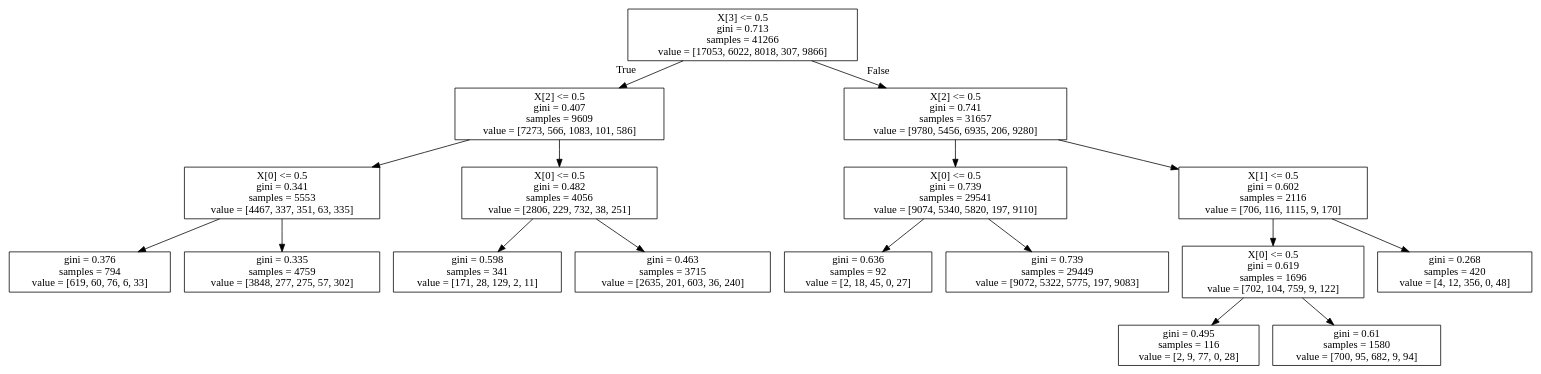
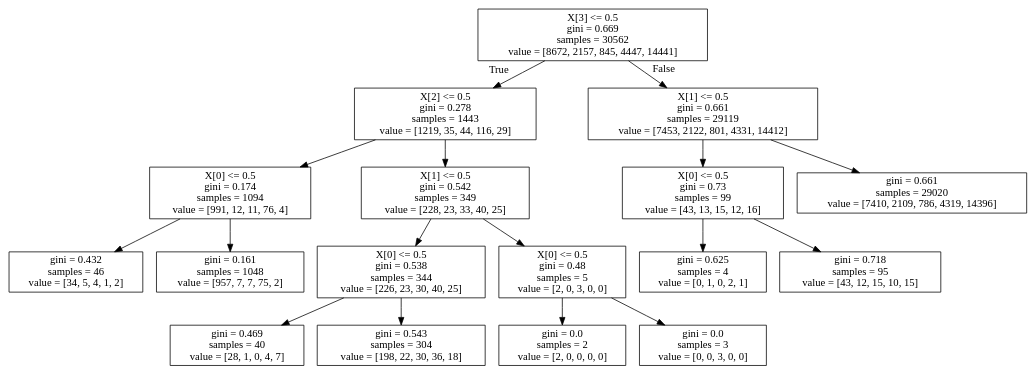
The diagram in data/karel/ppo/0000r3+env_task=topOff+max_depth=15+n_batch_rollou=10+max_samples=100000+max_iters=80+train_frac=0.8+is_reweight=False0.250.25/dt_policy.dot (jesbu1/viper), drawn with Graphviz before and after one commit. The commit also changed 60 other files, not shown here.

```diff
--- a/data/karel/ppo/0000r3+env_task=topOff+max_depth=15+n_batch_rollou=10+max_samples=100000+max_iters=80+train_frac=0.8+is_reweight=False0.250.25/dt_policy.dot
+++ b/data/karel/ppo/0000r3+env_task=topOff+max_depth=15+n_batch_rollou=10+max_samples=100000+max_iters=80+train_frac=0.8+is_reweight=False0.250.25/dt_policy.dot
@@ -1,36 +1,36 @@
 digraph Tree {
 node [shape=box] ;
-0 [label="X[3] <= 0.5\ngini = 0.713\nsamples = 41266\nvalue = [17053, 6022, 8018, 307, 9866]"] ;
-1 [label="X[2] <= 0.5\ngini = 0.407\nsamples = 9609\nvalue = [7273, 566, 1083, 101, 586]"] ;
+0 [label="X[3] <= 0.5\ngini = 0.669\nsamples = 30562\nvalue = [8672, 2157, 845, 4447, 14441]"] ;
+1 [label="X[2] <= 0.5\ngini = 0.278\nsamples = 1443\nvalue = [1219, 35, 44, 116, 29]"] ;
 0 -> 1 [labeldistance=2.5, labelangle=45, headlabel="True"] ;
-2 [label="X[0] <= 0.5\ngini = 0.341\nsamples = 5553\nvalue = [4467, 337, 351, 63, 335]"] ;
+2 [label="X[0] <= 0.5\ngini = 0.174\nsamples = 1094\nvalue = [991, 12, 11, 76, 4]"] ;
 1 -> 2 ;
-3 [label="gini = 0.376\nsamples = 794\nvalue = [619, 60, 76, 6, 33]"] ;
+3 [label="gini = 0.432\nsamples = 46\nvalue = [34, 5, 4, 1, 2]"] ;
 2 -> 3 ;
-4 [label="gini = 0.335\nsamples = 4759\nvalue = [3848, 277, 275, 57, 302]"] ;
+4 [label="gini = 0.161\nsamples = 1048\nvalue = [957, 7, 7, 75, 2]"] ;
 2 -> 4 ;
-5 [label="X[0] <= 0.5\ngini = 0.482\nsamples = 4056\nvalue = [2806, 229, 732, 38, 251]"] ;
+5 [label="X[1] <= 0.5\ngini = 0.542\nsamples = 349\nvalue = [228, 23, 33, 40, 25]"] ;
 1 -> 5 ;
-6 [label="gini = 0.598\nsamples = 341\nvalue = [171, 28, 129, 2, 11]"] ;
+6 [label="X[0] <= 0.5\ngini = 0.538\nsamples = 344\nvalue = [226, 23, 30, 40, 25]"] ;
 5 -> 6 ;
-7 [label="gini = 0.463\nsamples = 3715\nvalue = [2635, 201, 603, 36, 240]"] ;
-5 -> 7 ;
-8 [label="X[2] <= 0.5\ngini = 0.741\nsamples = 31657\nvalue = [9780, 5456, 6935, 206, 9280]"] ;
-0 -> 8 [labeldistance=2.5, labelangle=-45, headlabel="False"] ;
-9 [label="X[0] <= 0.5\ngini = 0.739\nsamples = 29541\nvalue = [9074, 5340, 5820, 197, 9110]"] ;
-8 -> 9 ;
-10 [label="gini = 0.636\nsamples = 92\nvalue = [2, 18, 45, 0, 27]"] ;
+7 [label="gini = 0.469\nsamples = 40\nvalue = [28, 1, 0, 4, 7]"] ;
+6 -> 7 ;
+8 [label="gini = 0.543\nsamples = 304\nvalue = [198, 22, 30, 36, 18]"] ;
+6 -> 8 ;
+9 [label="X[0] <= 0.5\ngini = 0.48\nsamples = 5\nvalue = [2, 0, 3, 0, 0]"] ;
+5 -> 9 ;
+10 [label="gini = 0.0\nsamples = 2\nvalue = [2, 0, 0, 0, 0]"] ;
 9 -> 10 ;
-11 [label="gini = 0.739\nsamples = 29449\nvalue = [9072, 5322, 5775, 197, 9083]"] ;
+11 [label="gini = 0.0\nsamples = 3\nvalue = [0, 0, 3, 0, 0]"] ;
 9 -> 11 ;
-12 [label="X[1] <= 0.5\ngini = 0.602\nsamples = 2116\nvalue = [706, 116, 1115, 9, 170]"] ;
-8 -> 12 ;
-13 [label="X[0] <= 0.5\ngini = 0.619\nsamples = 1696\nvalue = [702, 104, 759, 9, 122]"] ;
+12 [label="X[1] <= 0.5\ngini = 0.661\nsamples = 29119\nvalue = [7453, 2122, 801, 4331, 14412]"] ;
+0 -> 12 [labeldistance=2.5, labelangle=-45, headlabel="False"] ;
+13 [label="X[0] <= 0.5\ngini = 0.73\nsamples = 99\nvalue = [43, 13, 15, 12, 16]"] ;
 12 -> 13 ;
-14 [label="gini = 0.495\nsamples = 116\nvalue = [2, 9, 77, 0, 28]"] ;
+14 [label="gini = 0.625\nsamples = 4\nvalue = [0, 1, 0, 2, 1]"] ;
 13 -> 14 ;
-15 [label="gini = 0.61\nsamples = 1580\nvalue = [700, 95, 682, 9, 94]"] ;
+15 [label="gini = 0.718\nsamples = 95\nvalue = [43, 12, 15, 10, 15]"] ;
 13 -> 15 ;
-16 [label="gini = 0.268\nsamples = 420\nvalue = [4, 12, 356, 0, 48]"] ;
+16 [label="gini = 0.661\nsamples = 29020\nvalue = [7410, 2109, 786, 4319, 14396]"] ;
 12 -> 16 ;
 }
```
